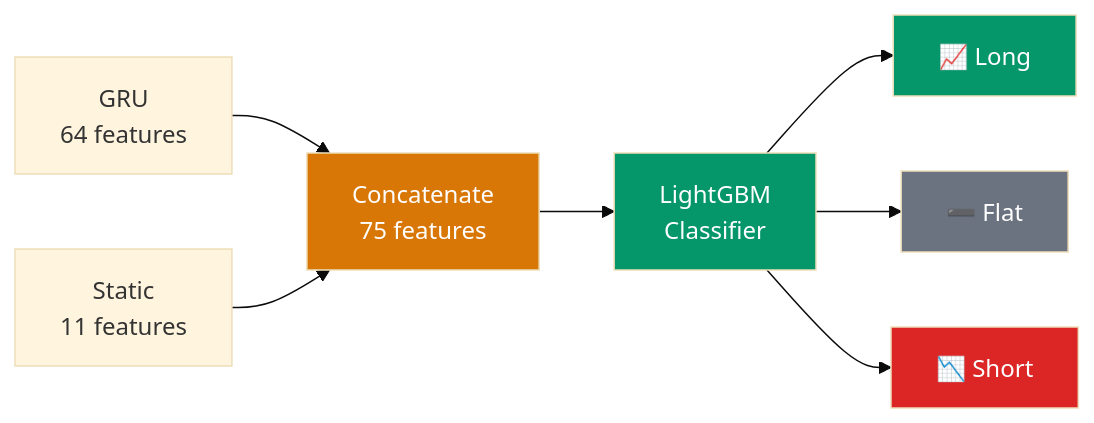
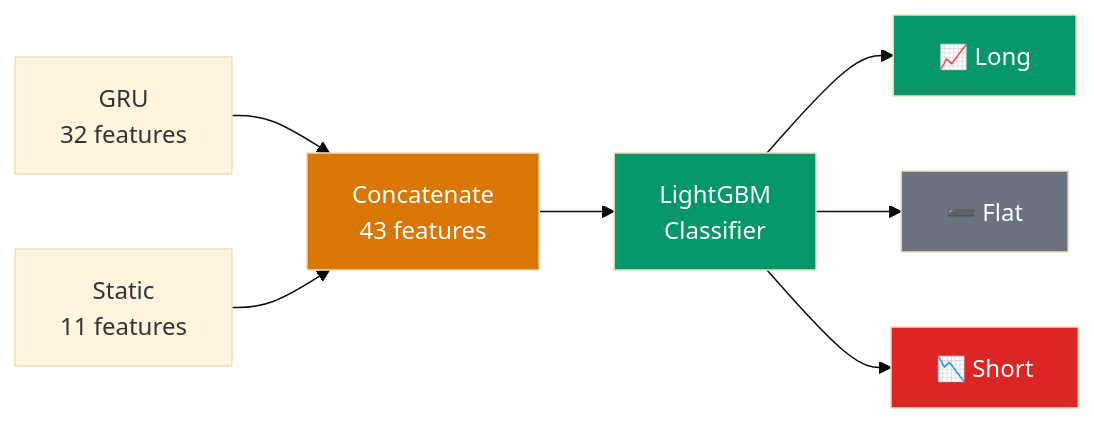
One commit to ultimateBroK/thesis-hybrid-stacking changed the fourth of 7 diagrams in docs/ARCHITECTURE.md. Above: the diagram before and after it, drawn with Mermaid (base theme). The commit also changed other lines of this file and 25 other files, not shown here.

````diff
--- a/docs/ARCHITECTURE.md
+++ b/docs/ARCHITECTURE.md
@@ -111,15 +111,15 @@
 ```mermaid
 flowchart LR
-    GRU_OUT["GRU<br/>64 features"] --> COMBINE["Concatenate<br/>75 features"]
+    GRU_OUT["GRU<br/>32 features"] --> COMBINE["Concatenate<br/>43 features"]
     STATIC["Static<br/>11 features"] --> COMBINE
     COMBINE --> LGBM["LightGBM<br/>Classifier"]
     LGBM --> LONG["📈 Long"]
     LGBM --> FLAT["➖ Flat"]
     LGBM --> SHORT["📉 Short"]
 
     style COMBINE fill:#D97706,color:#fff
     style LGBM fill:#059669,color:#fff
     style LONG fill:#059669,color:#fff
     style FLAT fill:#6B7280,color:#fff
     style SHORT fill:#DC2626,color:#fff
 ```
````
